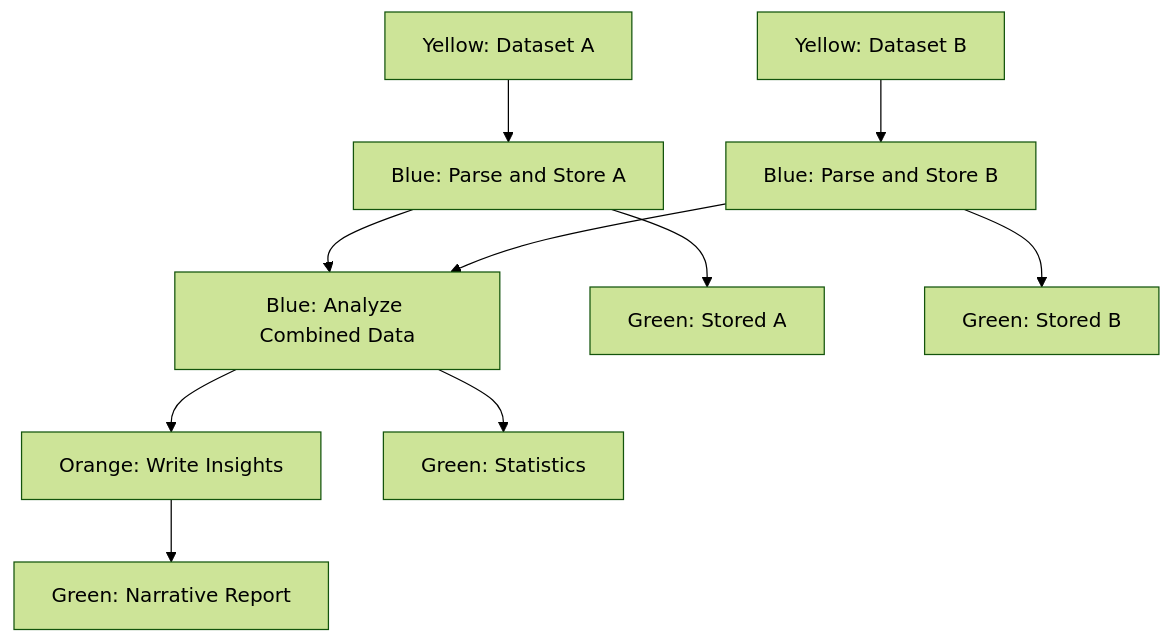
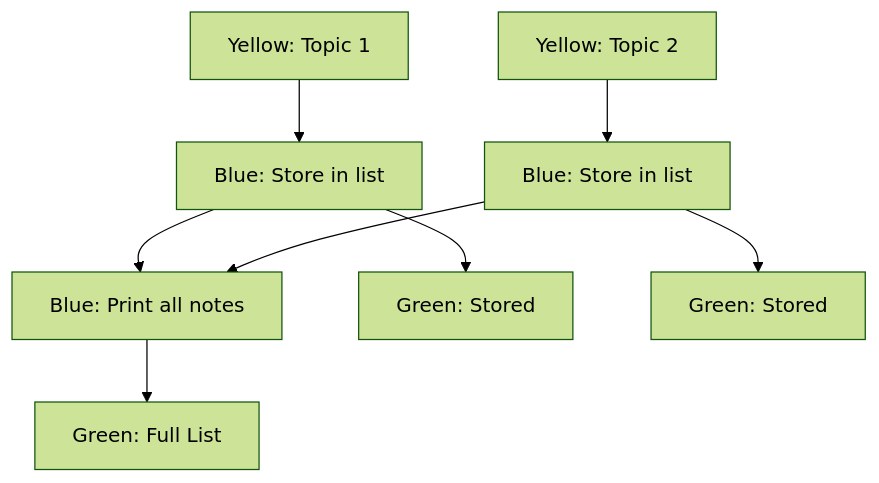
One commit to Caffa/Zettel-Thinking-Board changed the third of 3 diagrams in README.md. Above: the diagram before and after it, drawn with Mermaid (forest theme). The commit also changed other lines of this file and 3 other files, not shown here.

````diff
--- a/README.md
+++ b/README.md
@@ -104,12 +121,10 @@
 ```mermaid
 graph TD
-    DatasetA[Yellow: Dataset A] --> Extract1[Blue: Parse and Store A]
-    DatasetB[Yellow: Dataset B] --> Extract2[Blue: Parse and Store B]
-    Extract1 --> Analyze[Blue: Analyze Combined Data]
-    Extract2 --> Analyze
-    Analyze --> Report[Orange: Write Insights]
-    Extract1 --> Out1[Green: Stored A]
-    Extract2 --> Out2[Green: Stored B]
-    Analyze --> Out3[Green: Statistics]
-    Report --> Out4[Green: Narrative Report]
+    Note1[Yellow: Topic 1] --> Store1[Blue: Store in list]
+    Note2[Yellow: Topic 2] --> Store2[Blue: Store in list]
+    Store1 --> Summary[Blue: Print all notes]
+    Store2 --> Summary
+    Store1 --> Out1[Green: Stored]
+    Store2 --> Out2[Green: Stored]
+    Summary --> Out3[Green: Full List]
 ```
````
